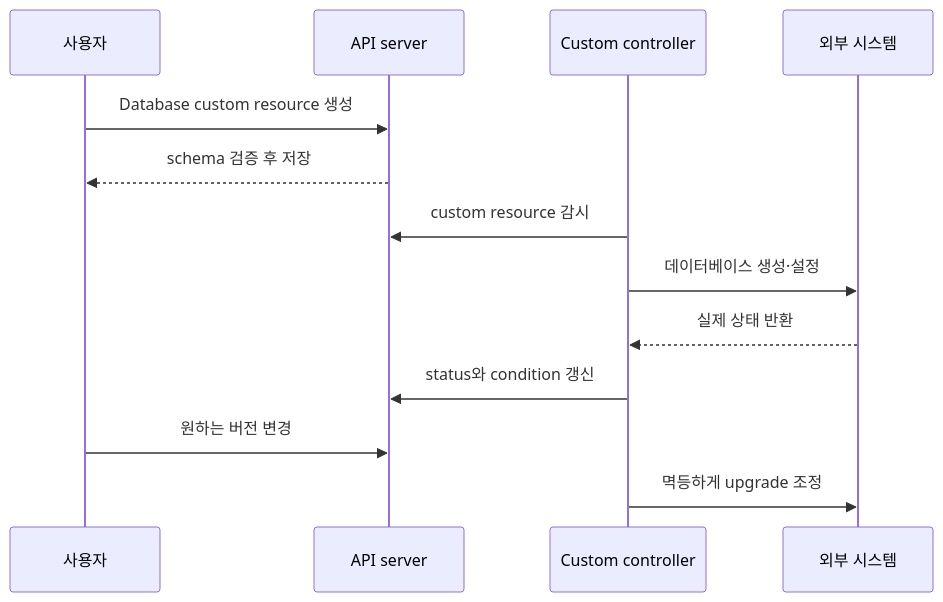
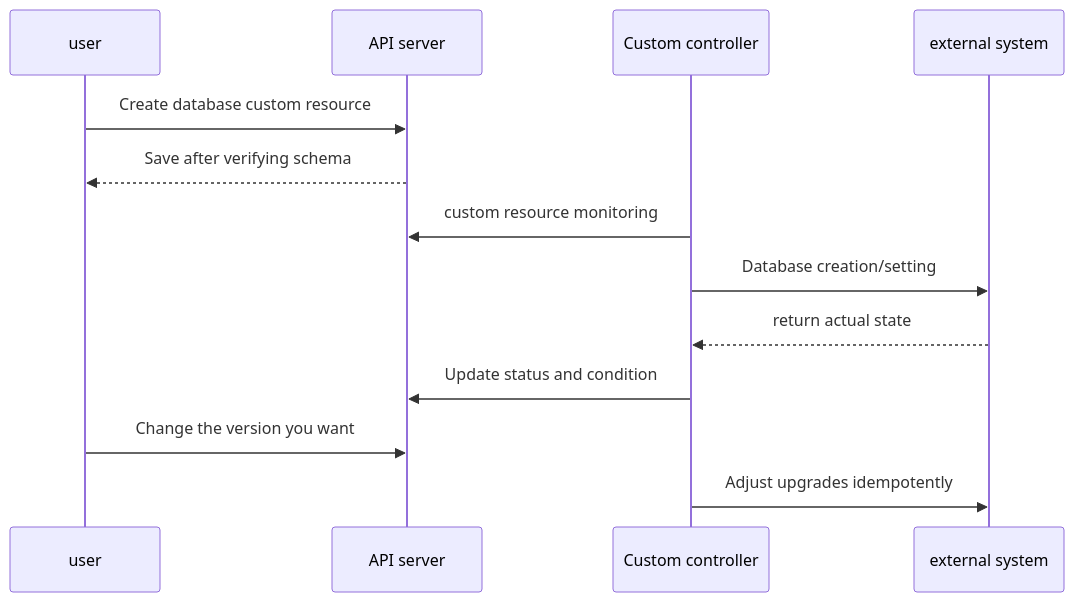
One commit to nohdol97/nohdol-study changed the second of 2 diagrams in docs-site/content/kubernetes/10-production-and-extension.md. Above: the diagram before and after it, drawn with Mermaid. The commit also changed other lines of this file and 116 other files, not shown here.

````diff
--- a/docs-site/content/kubernetes/10-production-and-extension.md
+++ b/docs-site/content/kubernetes/10-production-and-extension.md
@@ -87,15 +87,15 @@
 ```mermaid
 sequenceDiagram
-    participant U as 사용자
+    participant U as user
     participant A as API server
     participant C as Custom controller
-    participant X as 외부 시스템
-    U->>A: Database custom resource 생성
-    A-->>U: schema 검증 후 저장
-    C->>A: custom resource 감시
-    C->>X: 데이터베이스 생성·설정
-    X-->>C: 실제 상태 반환
-    C->>A: status와 condition 갱신
-    U->>A: 원하는 버전 변경
-    C->>X: 멱등하게 upgrade 조정
+    participant X as external system
+    U->>A: Create database custom resource
+    A-->>U: Save after verifying schema
+    C->>A: custom resource monitoring
+    C->>X: Database creation/setting
+    X-->>C: return actual state
+    C->>A: Update status and condition
+    U->>A: Change the version you want
+    C->>X: Adjust upgrades idempotently
 ```
````
